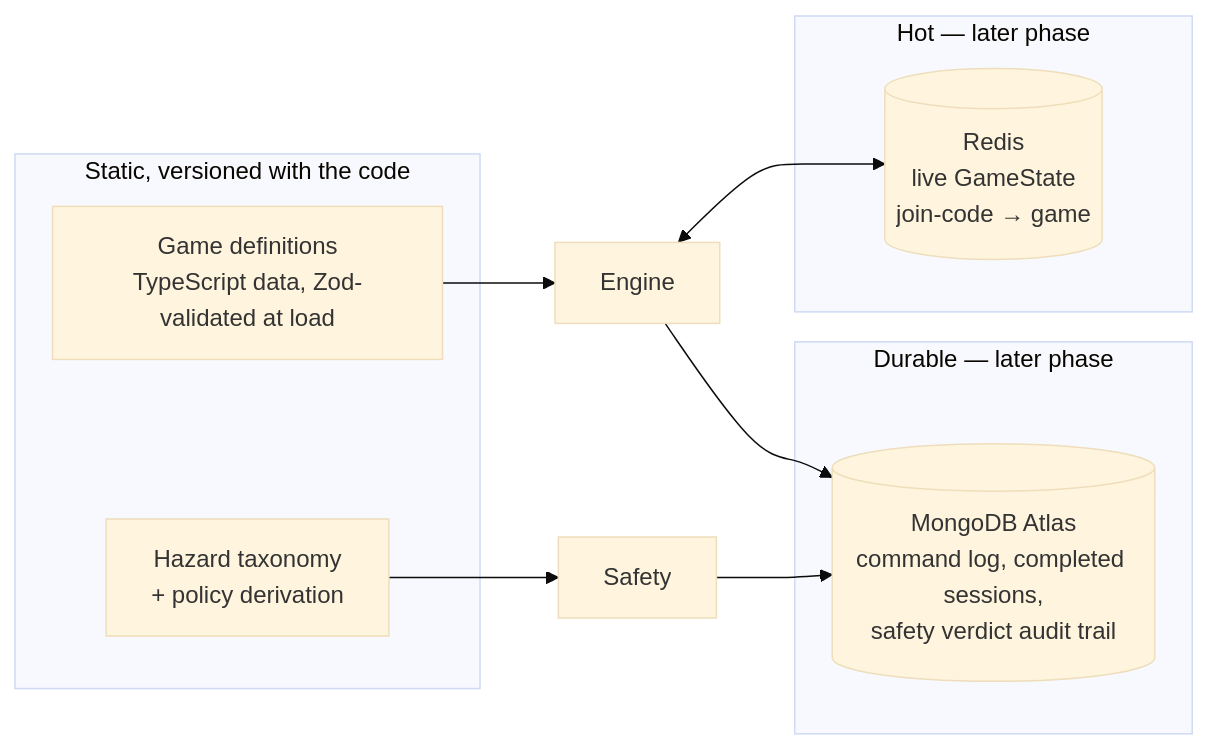
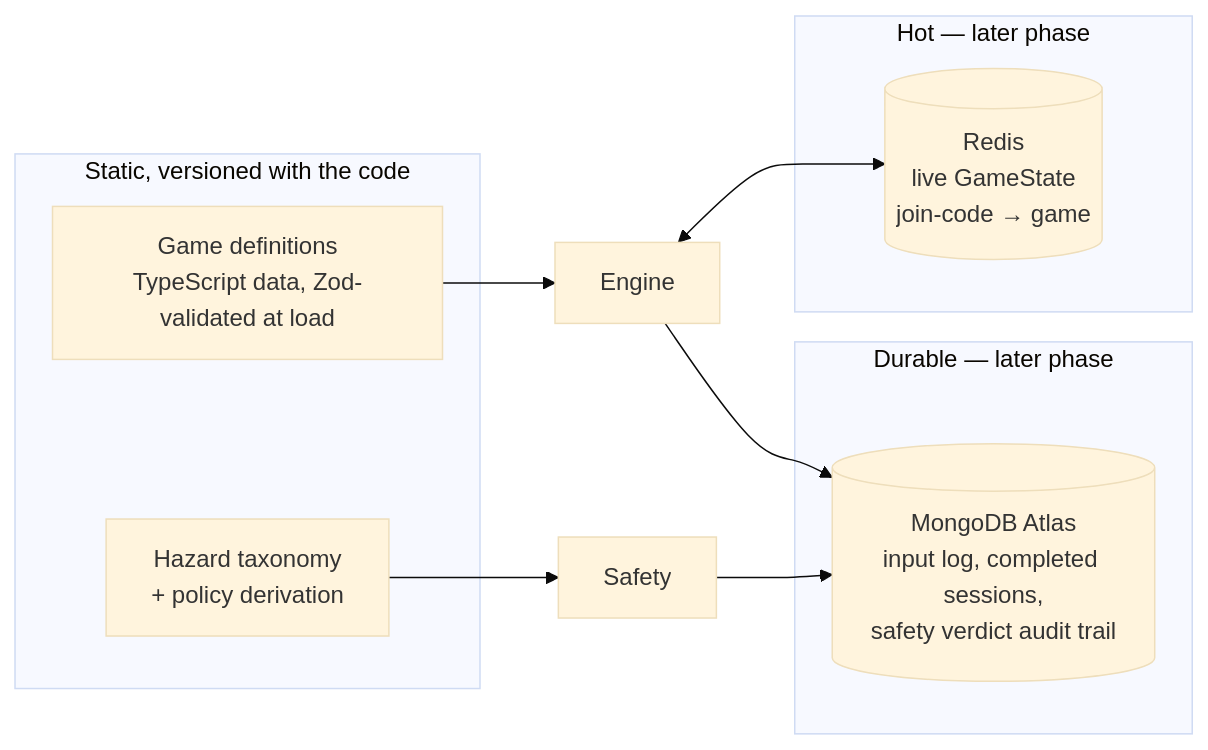
The sixth of 9 diagrams in ARCHITECTURE.md (SHWETANK-SAURABH/touchgrass-game-master), drawn with Mermaid (base theme) before and after one commit. The commit also changed other lines of this file and 9 other files, not shown here.

````diff
--- a/ARCHITECTURE.md
+++ b/ARCHITECTURE.md
@@ -318,21 +318,21 @@
 ```mermaid
 flowchart LR
     subgraph Static["Static, versioned with the code"]
         Defs["Game definitions<br/>TypeScript data, Zod-validated at load"]
         Hazards["Hazard taxonomy<br/>+ policy derivation"]
     end
 
     subgraph Hot["Hot — later phase"]
         R[("Redis<br/>live GameState<br/>join-code → game")]
     end
 
     subgraph Durable["Durable — later phase"]
-        M[("MongoDB Atlas<br/>command log, completed sessions,<br/>safety verdict audit trail")]
+        M[("MongoDB Atlas<br/>input log, completed sessions,<br/>safety verdict audit trail")]
     end
 
     Defs --> Engine["Engine"]
     Hazards --> Safety["Safety"]
     Engine <--> R
     Engine --> M
     Safety --> M
 ```
````
